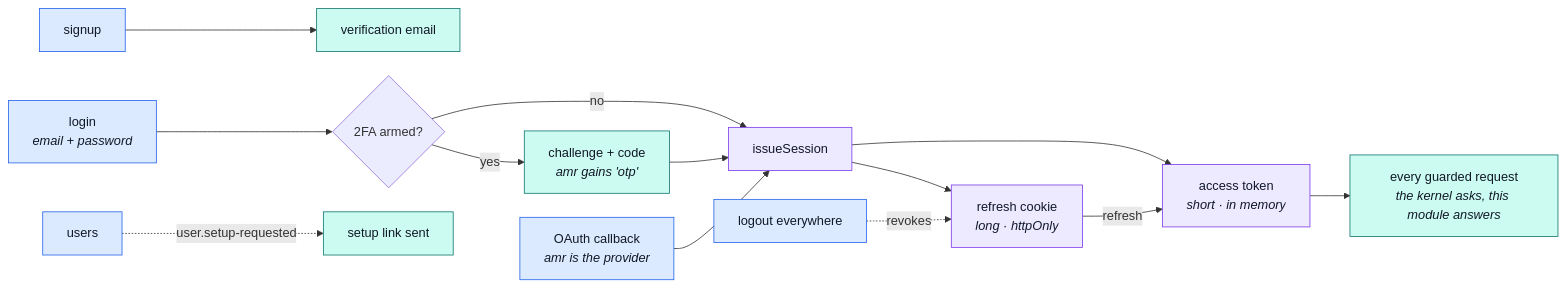
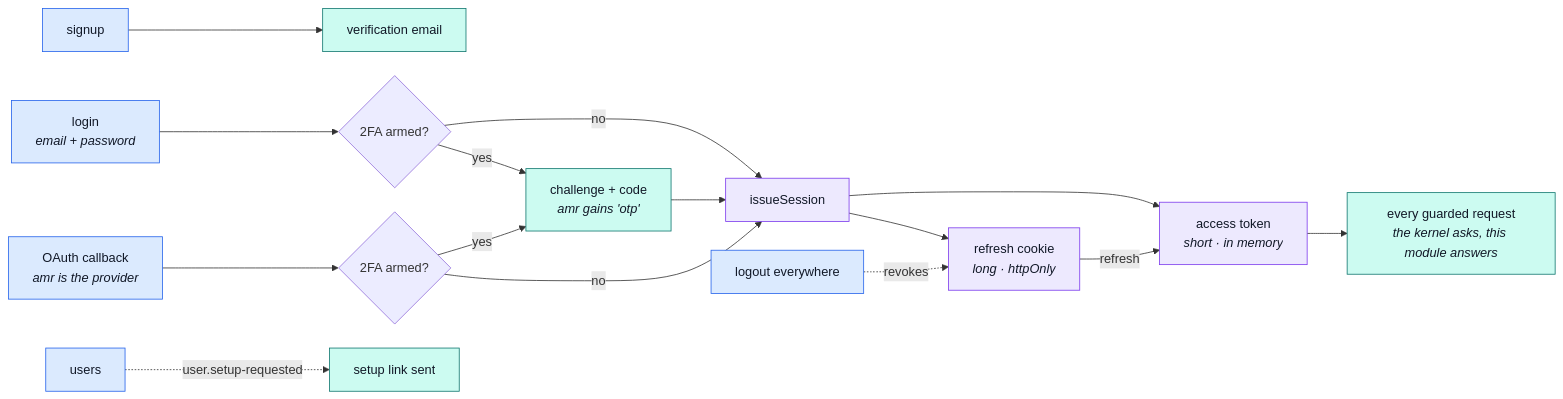
The second of 4 diagrams in docs/modules/account.md (Guebbit/boilerplate-node-backend), drawn with Mermaid before and after one commit. The commit also changed 23 other files, not shown here.

````diff
--- a/docs/modules/account.md
+++ b/docs/modules/account.md
@@ -76,23 +76,25 @@
 ```mermaid
 %%{init: {'flowchart': {'nodeSpacing': 30, 'rankSpacing': 50}}}%%
 flowchart LR
     S["signup"] --> V["verification email"]
     L["login<br/><i>email + password</i>"] --> Q{"2FA armed?"}
     Q -->|no| IS
     Q -->|yes| CH["challenge + code<br/><i>amr gains 'otp'</i>"]
     CH --> IS
-    OA["OAuth callback<br/><i>amr is the provider</i>"] --> IS
+    OA["OAuth callback<br/><i>amr is the provider</i>"] --> OQ{"2FA armed?"}
+    OQ -->|no| IS
+    OQ -->|yes| CH
     IS["issueSession"] --> T["access token<br/><i>short · in memory</i>"]
     IS --> RC["refresh cookie<br/><i>long · httpOnly</i>"]
     RC -->|refresh| T
     T --> G["every guarded request<br/><i>the kernel asks, this module answers</i>"]
     LO["logout everywhere"] -.->|revokes| RC
     US["users"] -. "user.setup-requested" .-> SU["setup link sent"]
 
     classDef entry fill:#dbeafe,stroke:#2563eb,color:#111827;
     classDef token fill:#ede9fe,stroke:#7c3aed,color:#111827;
     classDef done fill:#ccfbf1,stroke:#0f766e,color:#111827;
     class S,L,LO,US,OA entry;
     class T,RC,IS token;
     class V,G,SU,CH done;
 ```
````
